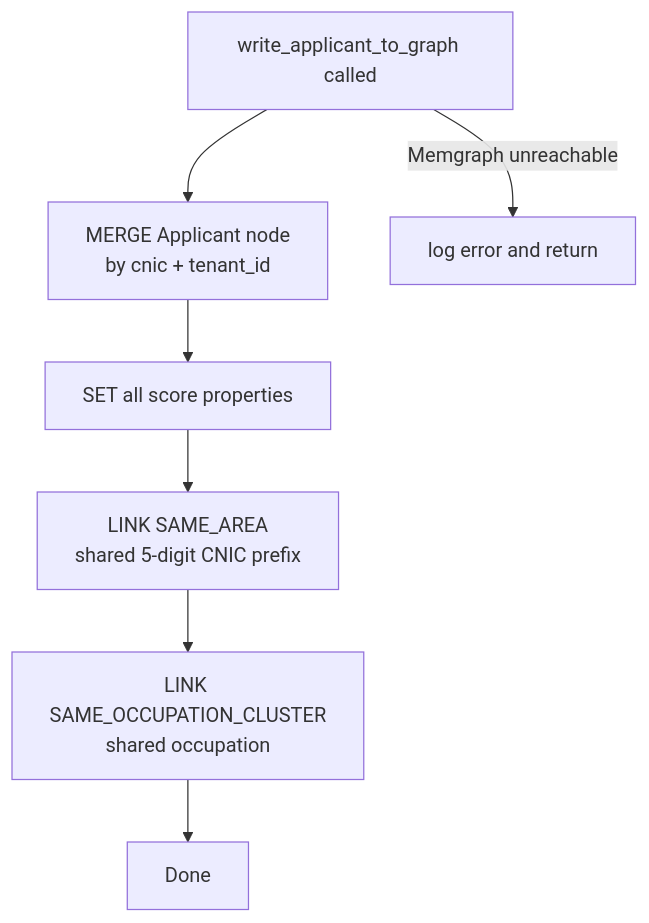
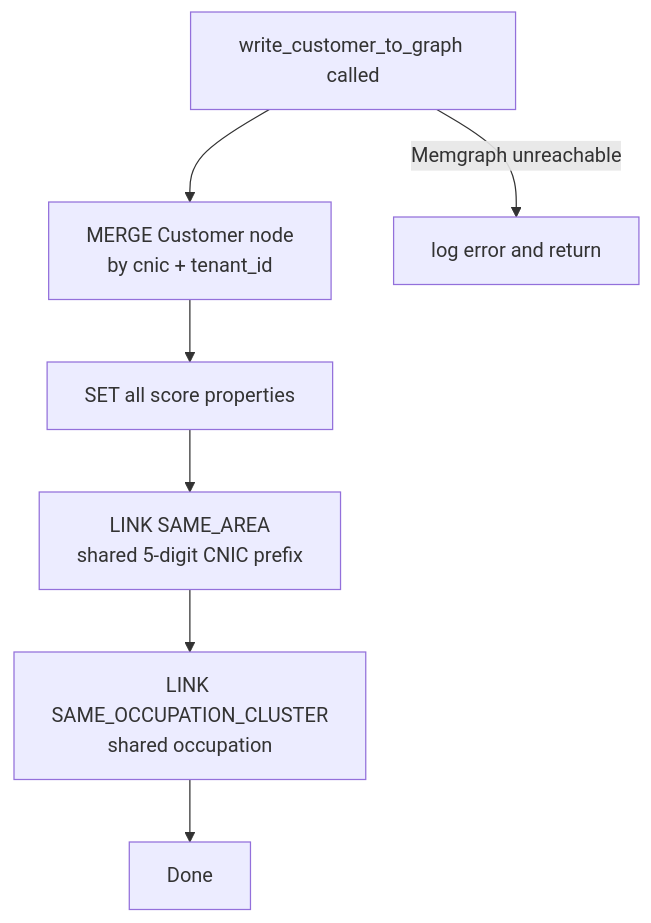
Before and after one commit to Nouman64-cat/insurance-ai: the third of 3 diagrams in docs/docs/fraud-layer.md, drawn with Mermaid. The commit also changed other lines of this file and 63 other files, not shown here.

Commit message:
refactor: rename applicant entities to customer throughout the codebase and documentation

````diff
--- a/docs/docs/fraud-layer.md
+++ b/docs/docs/fraud-layer.md
@@ -84,9 +84,9 @@
 ```mermaid
 flowchart TD
-    A[write_applicant_to_graph called] --> B[MERGE Applicant node\nby cnic + tenant_id]
+    A[write_customer_to_graph called] --> B[MERGE Customer node\nby cnic + tenant_id]
     B --> C[SET all score properties]
     C --> D[LINK SAME_AREA\nshared 5-digit CNIC prefix]
     D --> E[LINK SAME_OCCUPATION_CLUSTER\nshared occupation]
     E --> F[Done]
     A -->|Memgraph unreachable| G[log error and return]
 ```
````
